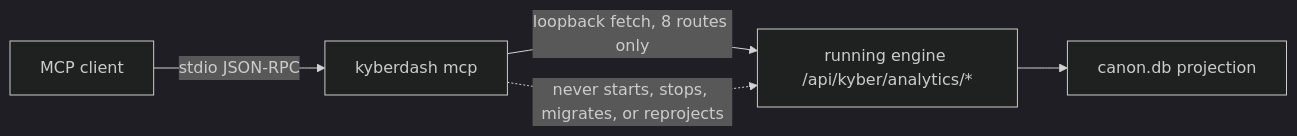
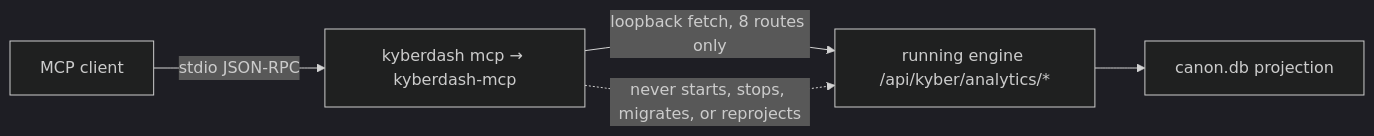
One commit to dpalfery/kyber-weave changed the second of 2 diagrams in docs/dash/runbook.md. Above: the diagram before and after it, drawn with Mermaid (dark theme). The commit also changed other lines of this file and 1207 other files, not shown here.

Commit message:
feat(dash): cut over KyberDash to Clean Architecture C# solution and retire legacy engine

````diff
--- a/docs/dash/runbook.md
+++ b/docs/dash/runbook.md
@@ -970,7 +953,7 @@
 ```mermaid
 flowchart LR
-    Client[MCP client] -->|stdio JSON-RPC| MCP[kyberdash mcp]
+    Client[MCP client] -->|stdio JSON-RPC| MCP[kyberdash mcp → kyberdash-mcp]
     MCP -->|loopback fetch, 8 routes only| Engine[running engine /api/kyber/analytics/*]
     Engine --> P[canon.db projection]
     MCP -.->|never starts, stops, migrates, or reprojects| Engine
 ```
````
